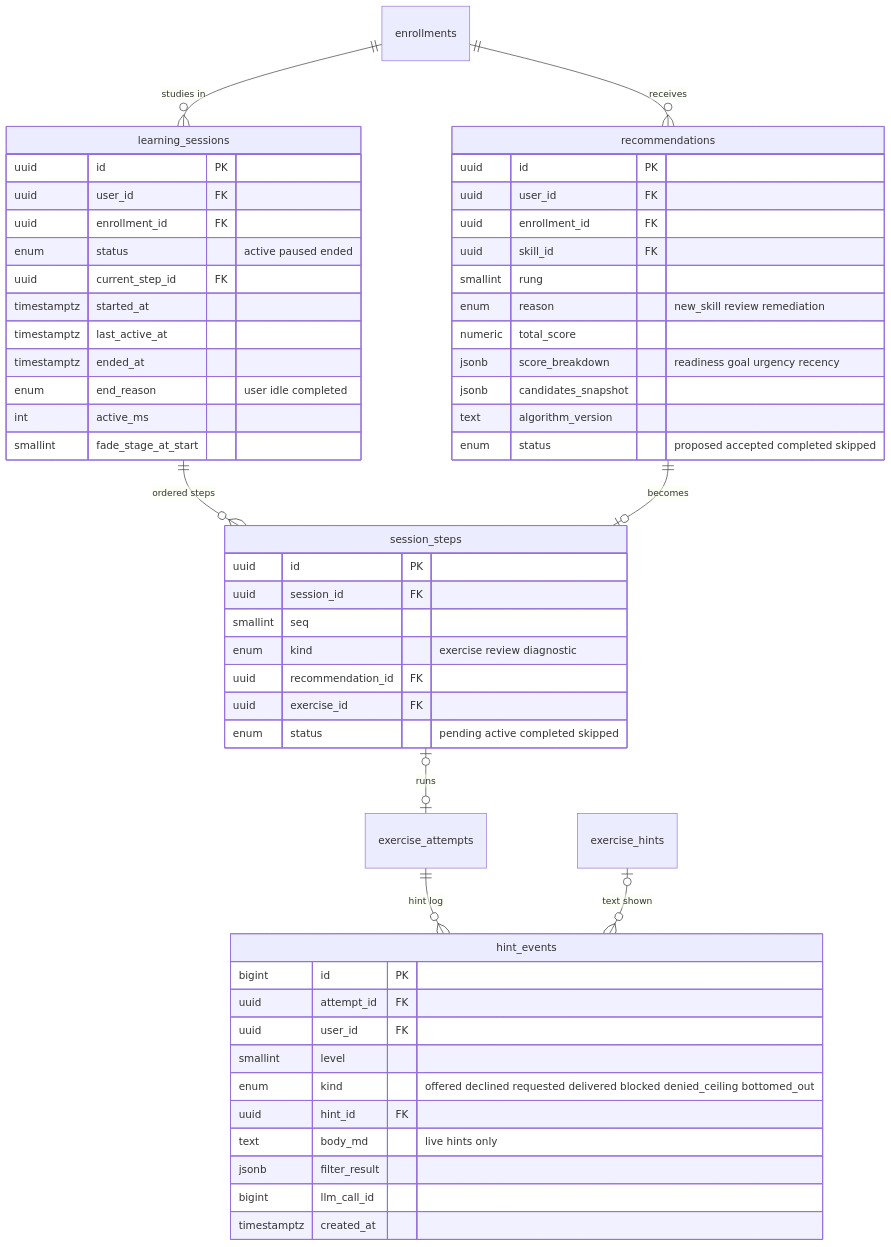
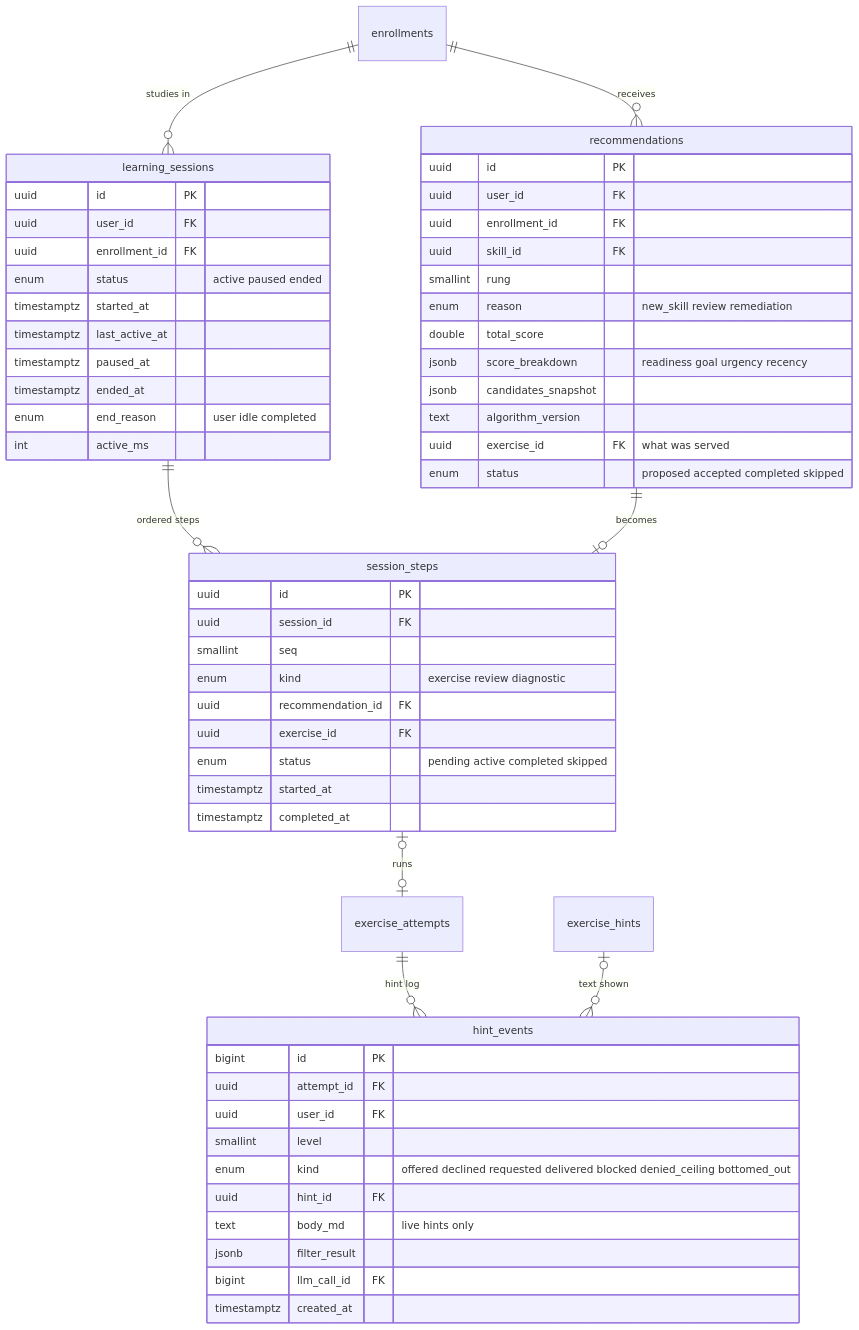
One commit to Nidanos/ai-tutor-platform changed diagram 13 of 32 in DOCS/phase-2/MP3-System-Design.md. Above: the diagram before and after it, drawn with Mermaid. The commit also changed other lines of this file, not shown here.

Commit message:
docs: update Phase 2 design with per-skill fade, schema refinements and auth decisions

````diff
--- a/DOCS/phase-2/MP3-System-Design.md
+++ b/DOCS/phase-2/MP3-System-Design.md
@@ -776,57 +842,59 @@
 ```mermaid
 erDiagram
   exercise_attempts ||--o{ hint_events : "hint log"
   exercise_hints |o--o{ hint_events : "text shown"
   enrollments ||--o{ learning_sessions : "studies in"
   learning_sessions ||--o{ session_steps : "ordered steps"
   recommendations ||--o| session_steps : "becomes"
   session_steps |o--o| exercise_attempts : "runs"
   enrollments ||--o{ recommendations : "receives"
   hint_events {
     bigint id PK
     uuid attempt_id FK
     uuid user_id FK
     smallint level
     enum kind "offered declined requested delivered blocked denied_ceiling bottomed_out"
     uuid hint_id FK
     text body_md "live hints only"
     jsonb filter_result
-    bigint llm_call_id
+    bigint llm_call_id FK
     timestamptz created_at
   }
   learning_sessions {
     uuid id PK
     uuid user_id FK
     uuid enrollment_id FK
     enum status "active paused ended"
-    uuid current_step_id FK
     timestamptz started_at
     timestamptz last_active_at
+    timestamptz paused_at
     timestamptz ended_at
     enum end_reason "user idle completed"
     int active_ms
-    smallint fade_stage_at_start
   }
   session_steps {
     uuid id PK
     uuid session_id FK
     smallint seq
     enum kind "exercise review diagnostic"
     uuid recommendation_id FK
     uuid exercise_id FK
     enum status "pending active completed skipped"
+    timestamptz started_at
+    timestamptz completed_at
   }
   recommendations {
     uuid id PK
     uuid user_id FK
     uuid enrollment_id FK
     uuid skill_id FK
     smallint rung
     enum reason "new_skill review remediation"
-    numeric total_score
+    double total_score
     jsonb score_breakdown "readiness goal urgency recency"
     jsonb candidates_snapshot
     text algorithm_version
+    uuid exercise_id FK "what was served"
     enum status "proposed accepted completed skipped"
   }
 ```
````
